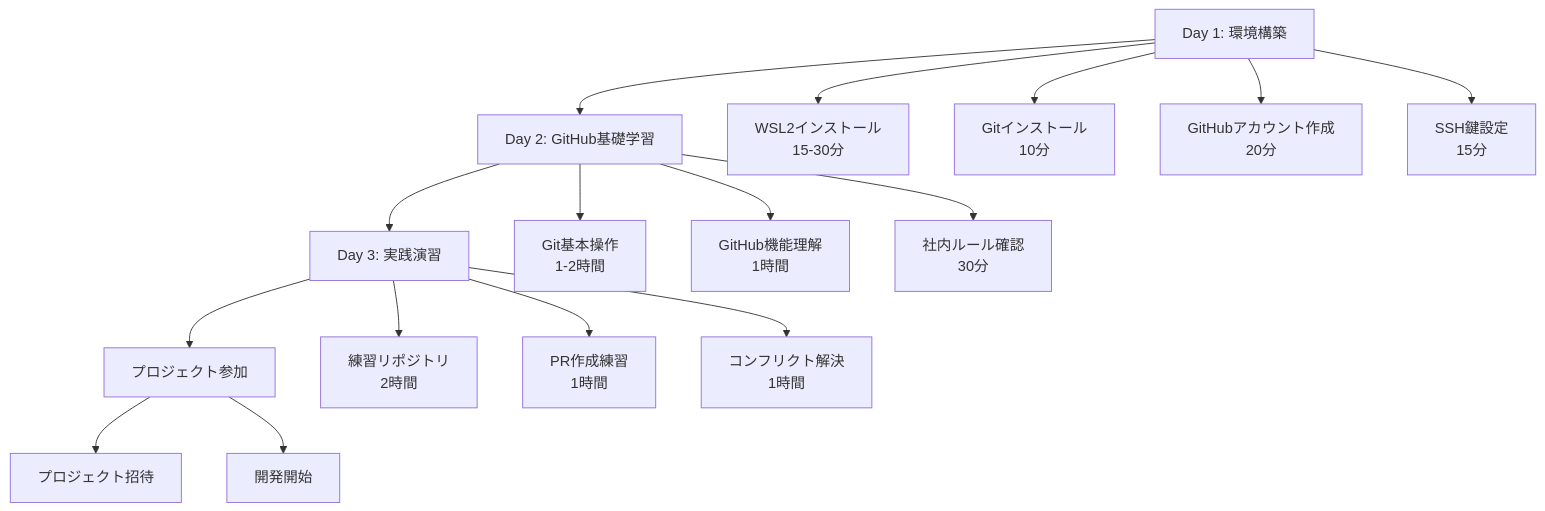
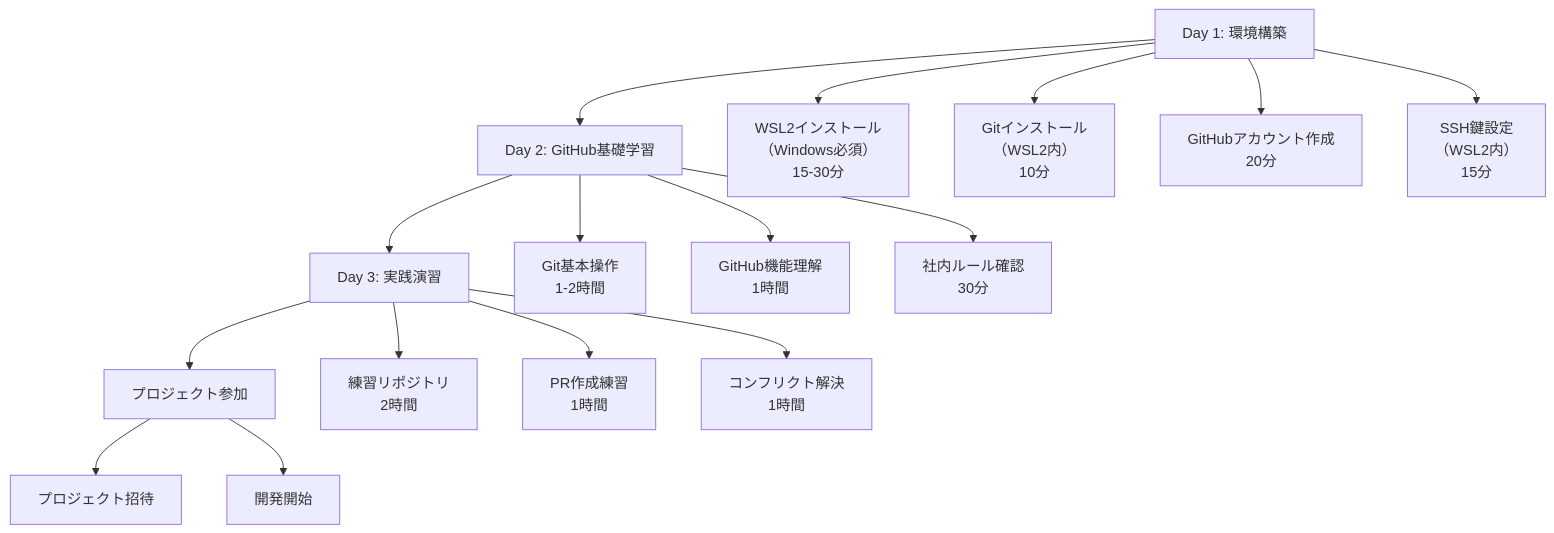
One commit to sas-com/github-guidelines changed the first of 3 diagrams in ONBOARDING.md. Above: the diagram before and after it, drawn with Mermaid. The commit also changed other lines of this file and 3 other files, not shown here.

````diff
--- a/ONBOARDING.md
+++ b/ONBOARDING.md
@@ -17,22 +17,22 @@
 ```mermaid
 graph TD
     A[Day 1: 環境構築] --> B[Day 2: GitHub基礎学習]
     B --> C[Day 3: 実践演習]
     C --> D[プロジェクト参加]
     
-    A --> A1[WSL2インストール<br/>15-30分]
-    A --> A2[Gitインストール<br/>10分]
+    A --> A1[WSL2インストール<br/>（Windows必須）<br/>15-30分]
+    A --> A2[Gitインストール<br/>（WSL2内）<br/>10分]
     A --> A3[GitHubアカウント作成<br/>20分]
-    A --> A4[SSH鍵設定<br/>15分]
+    A --> A4[SSH鍵設定<br/>（WSL2内）<br/>15分]
     
     B --> B1[Git基本操作<br/>1-2時間]
     B --> B2[GitHub機能理解<br/>1時間]
     B --> B3[社内ルール確認<br/>30分]
     
     C --> C1[練習リポジトリ<br/>2時間]
     C --> C2[PR作成練習<br/>1時間]
     C --> C3[コンフリクト解決<br/>1時間]
     
     D --> D1[プロジェクト招待]
     D --> D2[開発開始]
 ```
````
